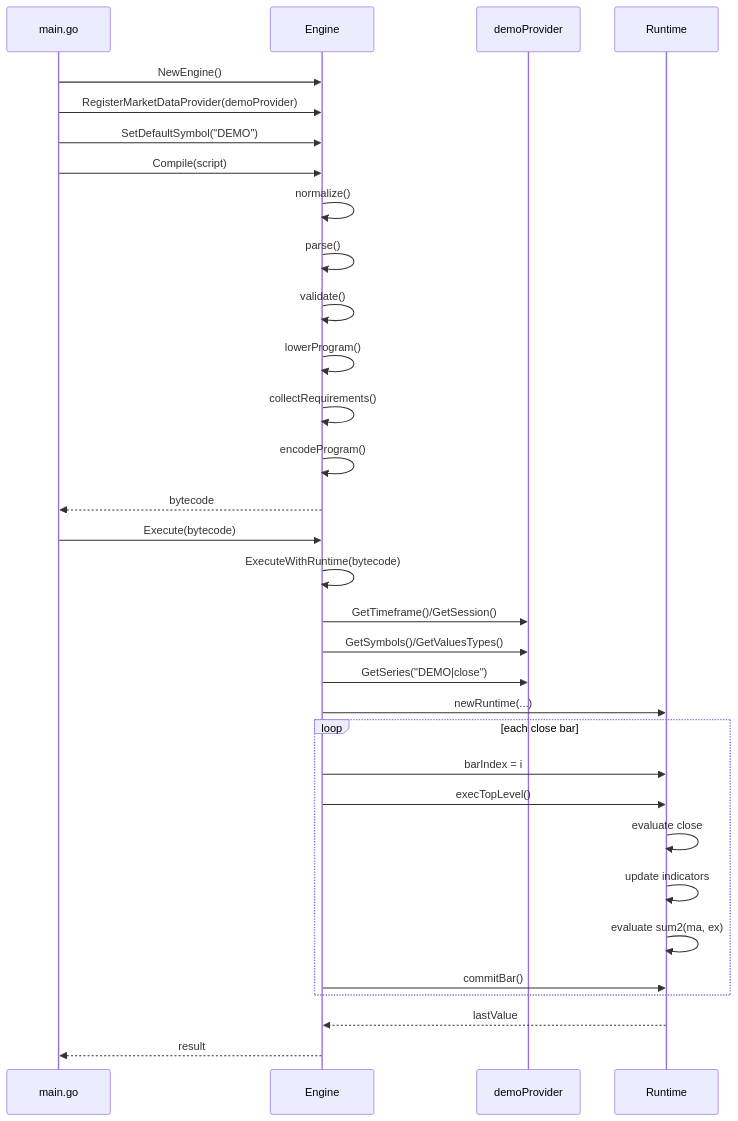
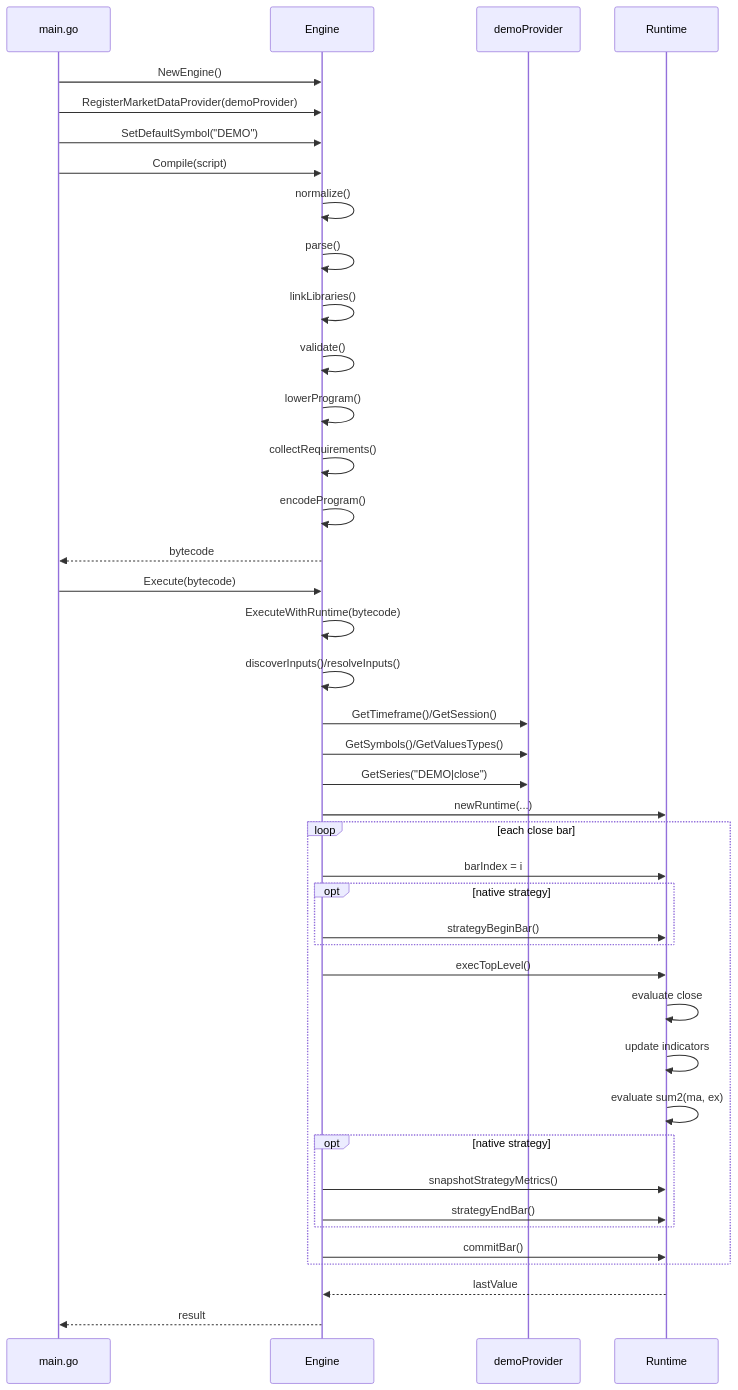
One commit to woodstock-tokyo/pinescription changed the second of 2 diagrams in docs/architecture.md. Above: the diagram before and after it, drawn with Mermaid. The commit also changed other lines of this file and 5 other files, not shown here.

````diff
--- a/docs/architecture.md
+++ b/docs/architecture.md
@@ -92,39 +104,48 @@
 ```mermaid
 %%{init: {"themeVariables": {"fontSize": "12px"}, "sequence": {"diagramMarginX": 20, "diagramMarginY": 10, "messageMargin": 10}} }%%
 sequenceDiagram
 	participant App as main.go
 	participant Eng as Engine
 	participant Prov as demoProvider
 	participant RT as Runtime
 
 	App->>Eng: NewEngine()
 	App->>Eng: RegisterMarketDataProvider(demoProvider)
 	App->>Eng: SetDefaultSymbol("DEMO")
 	App->>Eng: Compile(script)
 	Eng->>Eng: normalize()
 	Eng->>Eng: parse()
+	Eng->>Eng: linkLibraries()
 	Eng->>Eng: validate()
 	Eng->>Eng: lowerProgram()
 	Eng->>Eng: collectRequirements()
 	Eng->>Eng: encodeProgram()
 	Eng-->>App: bytecode
 
 	App->>Eng: Execute(bytecode)
 	Eng->>Eng: ExecuteWithRuntime(bytecode)
+	Eng->>Eng: discoverInputs()/resolveInputs()
 	Eng->>Prov: GetTimeframe()/GetSession()
 	Eng->>Prov: GetSymbols()/GetValuesTypes()
 	Eng->>Prov: GetSeries("DEMO|close")
 	Eng->>RT: newRuntime(...)
 
 	loop each close bar
 		Eng->>RT: barIndex = i
+		opt native strategy
+			Eng->>RT: strategyBeginBar()
+		end
 		Eng->>RT: execTopLevel()
 		RT->>RT: evaluate close
 		RT->>RT: update indicators
 		RT->>RT: evaluate sum2(ma, ex)
+		opt native strategy
+			Eng->>RT: snapshotStrategyMetrics()
+			Eng->>RT: strategyEndBar()
+		end
 		Eng->>RT: commitBar()
 	end
 
 	RT-->>Eng: lastValue
 	Eng-->>App: result
 ```
````
